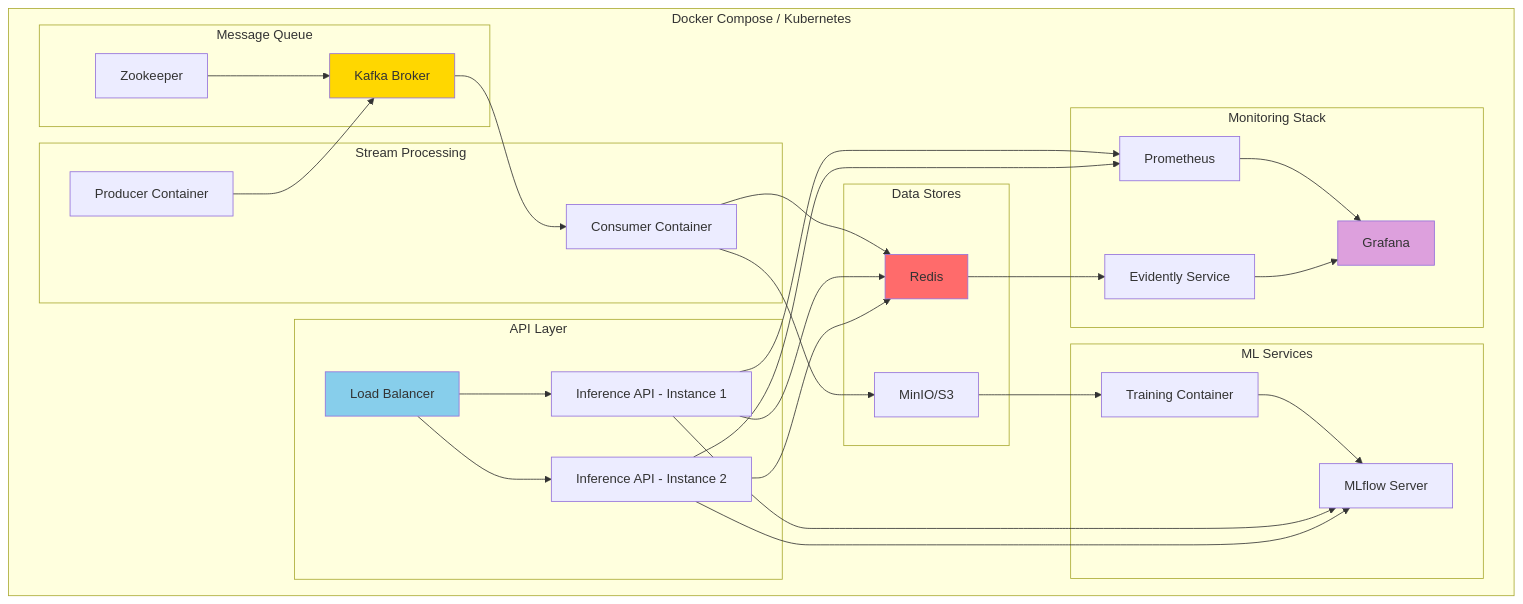
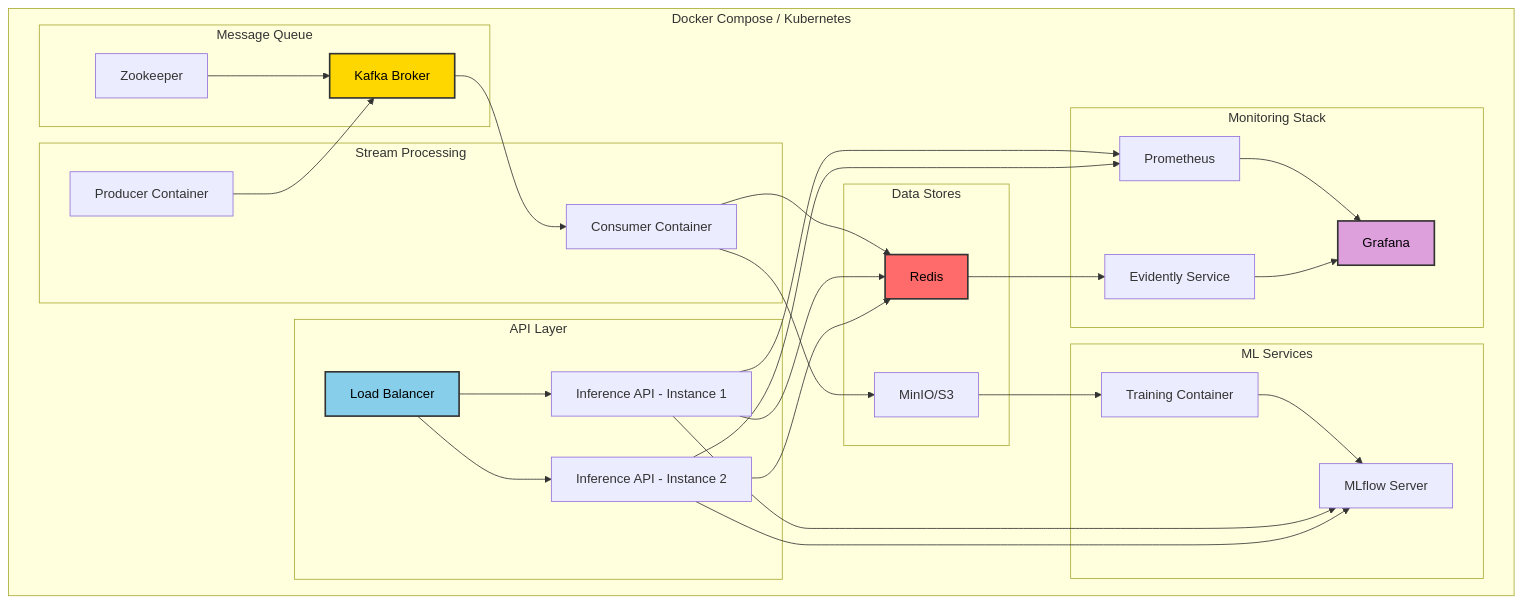
Before and after one commit to nasim-raj-laskar/Real-Time-Aircraft-Engine-Predictive-Maintenance-System: the fourth of 8 diagrams in docs/09_architecture.md, drawn with Mermaid. The commit also changed other lines of this file and 8 other files, not shown here.

````diff
--- a/docs/09_architecture.md
+++ b/docs/09_architecture.md
@@ -164,62 +164,62 @@
 ```mermaid
 graph TB
     subgraph Docker Compose / Kubernetes
         subgraph Message Queue
             ZK[Zookeeper]
             KF[Kafka Broker]
         end
         
         subgraph Data Stores
             RD[Redis]
             S3[MinIO/S3]
         end
         
         subgraph ML Services
             MLF[MLflow Server]
             TR[Training Container]
         end
         
         subgraph Stream Processing
             PROD[Producer Container]
             CONS[Consumer Container]
         end
         
         subgraph API Layer
             API1[Inference API - Instance 1]
             API2[Inference API - Instance 2]
             LB[Load Balancer]
         end
         
         subgraph Monitoring Stack
             PROM[Prometheus]
             GRAF[Grafana]
             EVID[Evidently Service]
         end
     end
     
     ZK --> KF
     PROD --> KF
     KF --> CONS
     CONS --> RD
     CONS --> S3
     S3 --> TR
     TR --> MLF
     
     LB --> API1
     LB --> API2
     API1 --> RD
     API2 --> RD
     API1 --> MLF
     API2 --> MLF
     
     API1 --> PROM
     API2 --> PROM
     PROM --> GRAF
     RD --> EVID
     EVID --> GRAF
     
-    style KF fill:#FFD700
-    style RD fill:#FF6B6B
-    style LB fill:#87CEEB
-    style GRAF fill:#DDA0DD
+    style KF fill:#FFD700,stroke:#333,stroke-width:2px,color:#000
+    style RD fill:#FF6B6B,stroke:#333,stroke-width:2px,color:#000
+    style LB fill:#87CEEB,stroke:#333,stroke-width:2px,color:#000
+    style GRAF fill:#DDA0DD,stroke:#333,stroke-width:2px,color:#000
 ```
````
